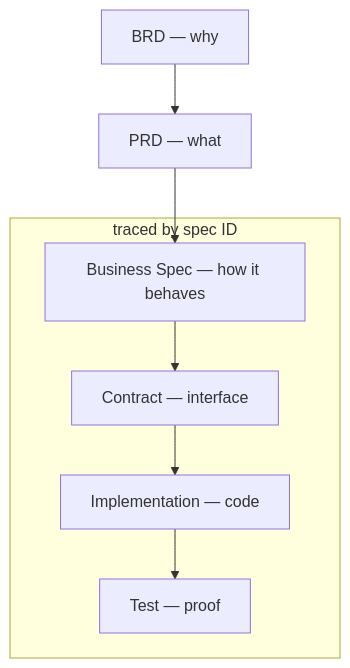
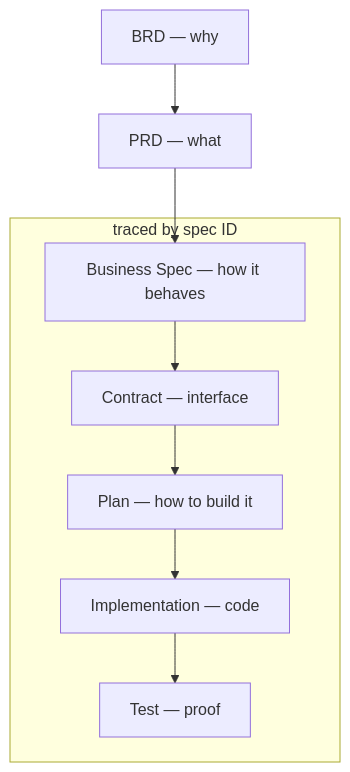
Before and after one commit to foreachpartners/main-spex: the first of 2 diagrams in README.md, drawn with Mermaid. The commit also changed other lines of this file, not shown here.

First line of the commit message:
docs: Add planning phase to development flow

````diff
--- a/README.md
+++ b/README.md
@@ -85,11 +86,12 @@
 ```mermaid
 flowchart TD
     BRD["BRD — why"] --> PRD["PRD — what"]
     PRD --> Biz
 
     subgraph Traced ["traced by spec ID"]
         Biz["Business Spec — how it behaves"] --> Contract["Contract — interface"]
-        Contract --> Impl["Implementation — code"]
+        Contract --> Plan["Plan — how to build it"]
+        Plan --> Impl["Implementation — code"]
         Impl --> Test["Test — proof"]
     end
 ```
````
